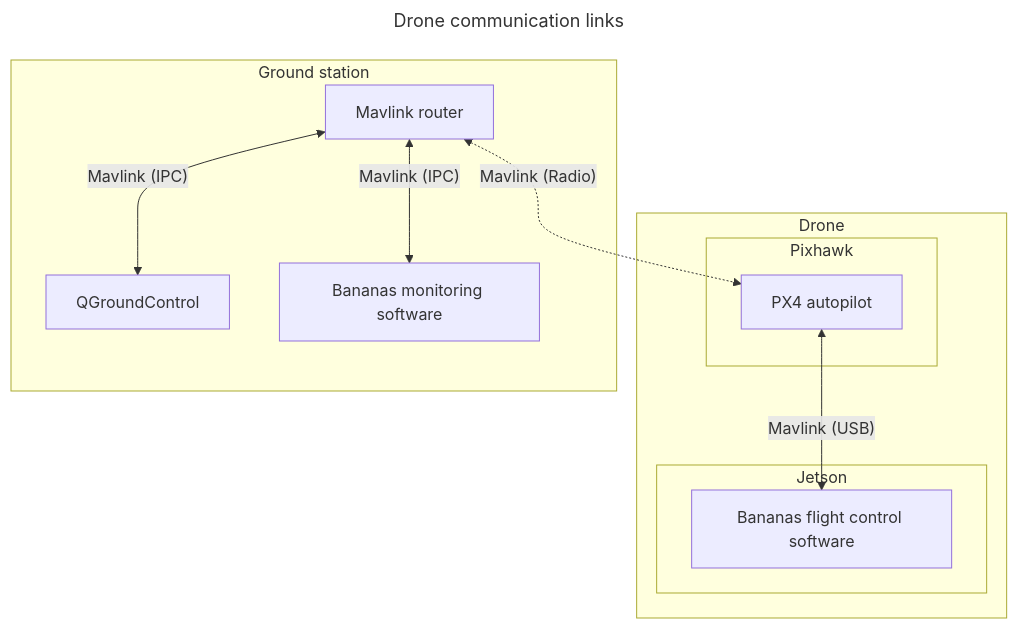
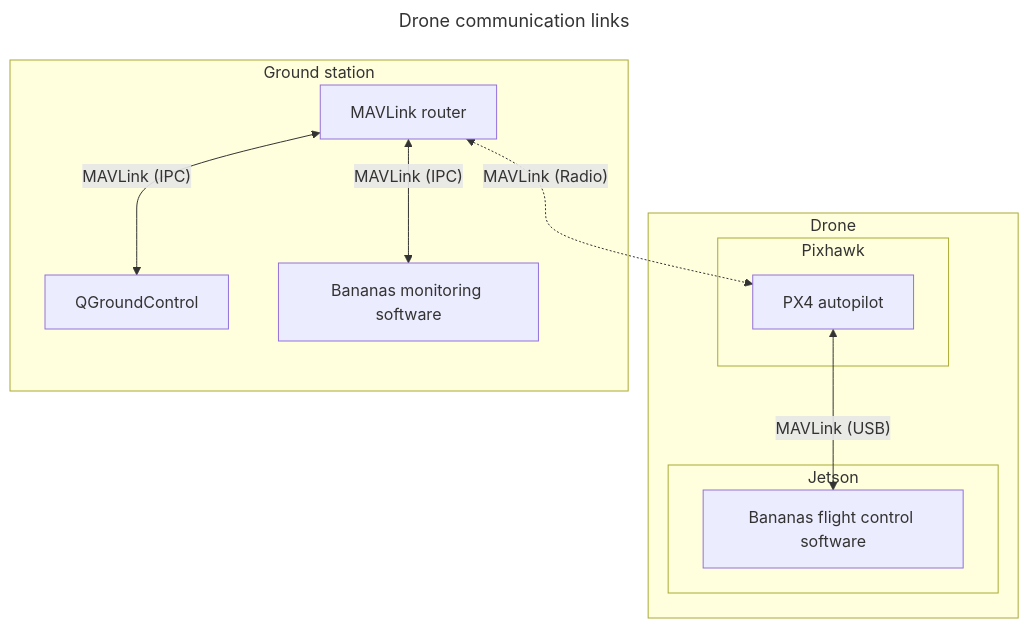
The first of 3 diagrams in ARCHITECTURE.md (ttthi/bananas), drawn with Mermaid before and after one commit. The commit also changed other lines of this file, not shown here.

Commit message:
Replace Mavlink with MAVLink
I think that this is the official spelling

````diff
--- a/ARCHITECTURE.md
+++ b/ARCHITECTURE.md
@@ -18,26 +18,26 @@
 ```mermaid
 ---
 title: Drone communication links
 ---
 flowchart TB
     subgraph Drone
         subgraph Pixhawk
             px4[PX4 autopilot]
         end
         subgraph Jetson
             control[Bananas flight control software]
         end
 
-        px4<-->|"Mavlink (USB)"|control
+        px4<-->|"MAVLink (USB)"|control
     end
 
     subgraph Ground station
-        proxy[Mavlink router]
+        proxy[MAVLink router]
         qgc[QGroundControl]
         monitor[Bananas monitoring software]
 
-        proxy<-.->|"Mavlink (Radio)"|px4
-        proxy<-->|"Mavlink (IPC)"|qgc
-        proxy<-->|"Mavlink (IPC)"|monitor
+        proxy<-.->|"MAVLink (Radio)"|px4
+        proxy<-->|"MAVLink (IPC)"|qgc
+        proxy<-->|"MAVLink (IPC)"|monitor
     end
 ```
````
